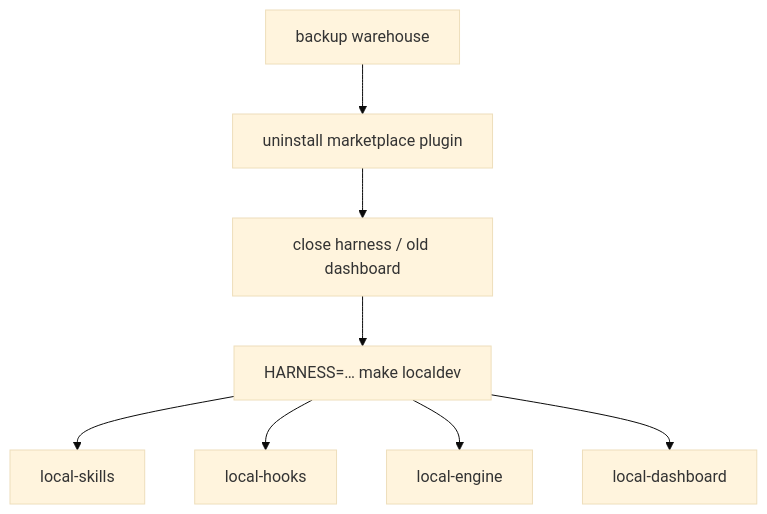
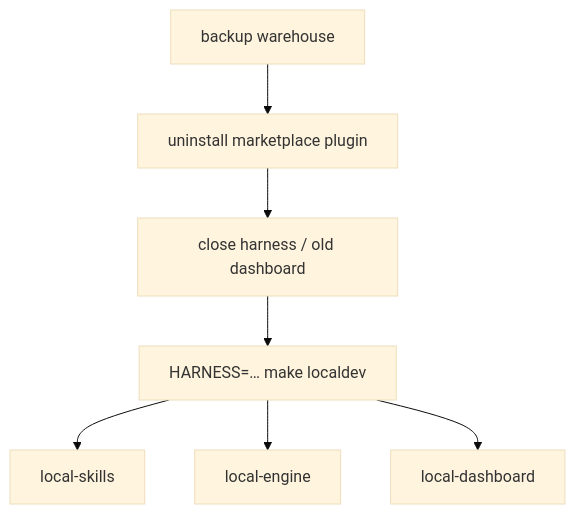
Before and after one commit to Texarkanine/stockroom: the diagram in memory-bank/active/tasks.md, drawn with Mermaid (base theme). The commit also changed other lines of this file and 5 other files, not shown here.

````diff
--- a/memory-bank/active/tasks.md
+++ b/memory-bank/active/tasks.md
@@ -13,10 +15,9 @@
 ```mermaid
 flowchart TD
   Backup["backup warehouse"] --> Uninstall["uninstall marketplace plugin"]
   Uninstall --> Close["close harness / old dashboard"]
   Close --> LD["HARNESS=… make localdev"]
   LD --> Skills["local-skills"]
-  LD --> Hooks["local-hooks"]
   LD --> Engine["local-engine"]
   LD --> Dash["local-dashboard"]
 ```
````
